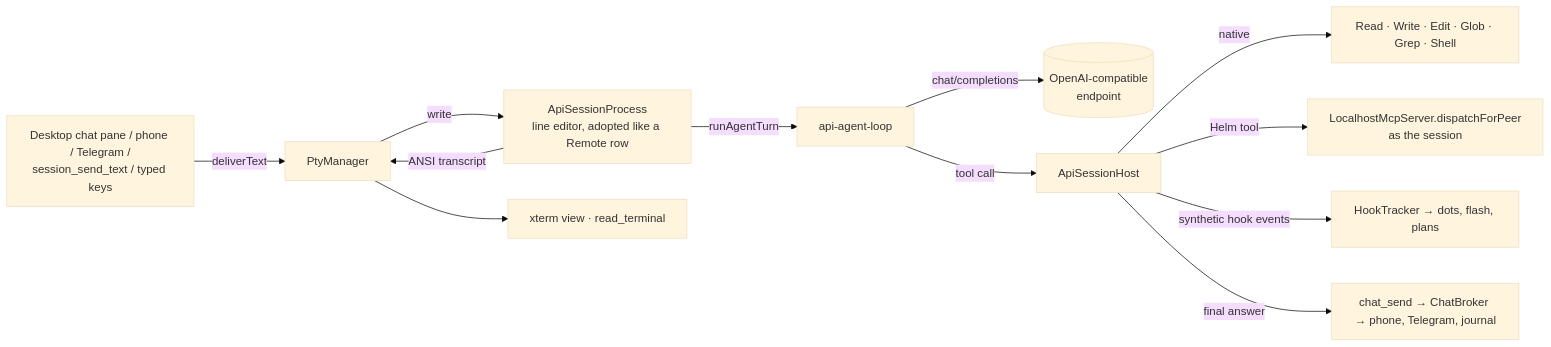
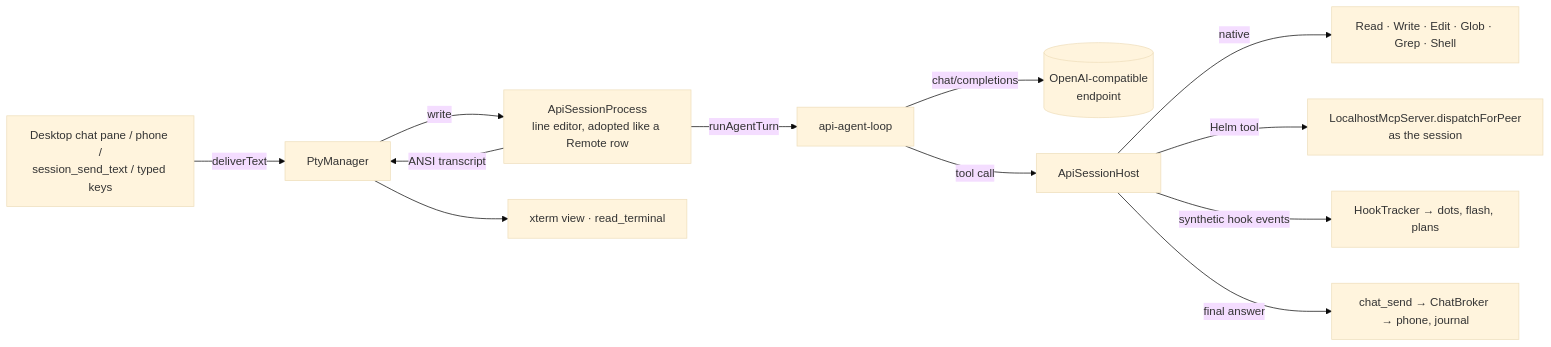
The first of 3 diagrams in docs/api-tools.md (PetePeter/helm), drawn with Mermaid (base theme) before and after one commit. The commit also changed other lines of this file and 35 other files, not shown here.

````diff
--- a/docs/api-tools.md
+++ b/docs/api-tools.md
@@ -14,13 +14,13 @@
 ```mermaid
 graph LR
-    IN[Desktop chat pane / phone / Telegram /<br/>session_send_text / typed keys] -->|deliverText| PM[PtyManager]
+    IN[Desktop chat pane / phone /<br/>session_send_text / typed keys] -->|deliverText| PM[PtyManager]
     PM -->|write| ASP[ApiSessionProcess<br/>line editor, adopted like a Remote row]
     ASP -->|runAgentTurn| LOOP[api-agent-loop]
     LOOP -->|chat/completions| LLM[(OpenAI-compatible<br/>endpoint)]
     LOOP -->|tool call| HOST[ApiSessionHost]
     HOST -->|native| NT[Read · Write · Edit · Glob · Grep · Shell]
     HOST -->|Helm tool| MCP[LocalhostMcpServer.dispatchForPeer<br/>as the session]
     HOST -->|synthetic hook events| HT[HookTracker → dots, flash, plans]
-    HOST -->|final answer| CHAT[chat_send → ChatBroker → phone, Telegram, journal]
+    HOST -->|final answer| CHAT[chat_send → ChatBroker → phone, journal]
     ASP -->|ANSI transcript| PM --> XT[xterm view · read_terminal]
 ```
````
